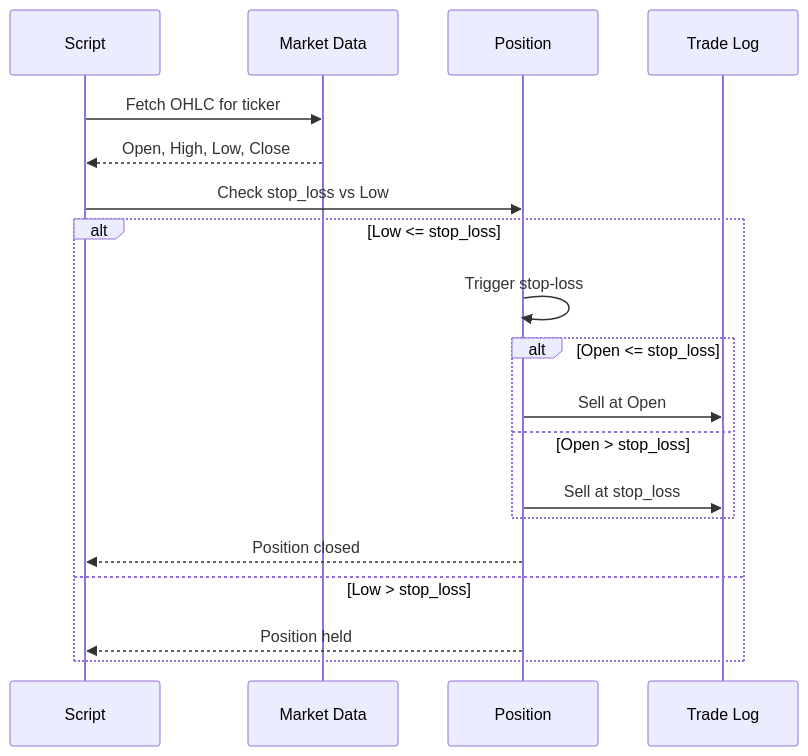
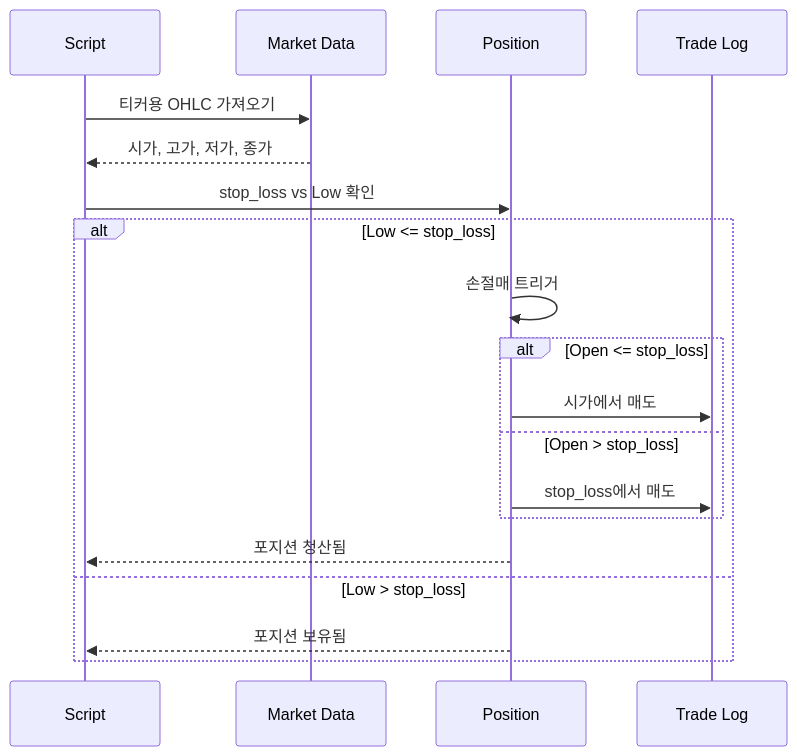
One commit to gyuha/investment-open-source-analysis changed the eighth of 10 diagrams in report/ChatGPT-Micro-Cap-Experiment/report-claude-sonnet.md. Above: the diagram before and after it, drawn with Mermaid. The commit also changed other lines of this file and 1 other file, not shown here.

Commit message:
Change graph orientation from TD to LR in report-claude-sonnet.md for improved readability of module dependencies

````diff
--- a/report/ChatGPT-Micro-Cap-Experiment/report-claude-sonnet.md
+++ b/report/ChatGPT-Micro-Cap-Experiment/report-claude-sonnet.md
@@ -1452,24 +1452,24 @@
 ```mermaid
 sequenceDiagram
     participant Script
     participant Market Data
     participant Position
     participant Trade Log
 
-    Script->>Market Data: Fetch OHLC for ticker
-    Market Data-->>Script: Open, High, Low, Close
+    Script->>Market Data: 티커용 OHLC 가져오기
+    Market Data-->>Script: 시가, 고가, 저가, 종가
 
-    Script->>Position: Check stop_loss vs Low
+    Script->>Position: stop_loss vs Low 확인
 
     alt Low <= stop_loss
-        Position->>Position: Trigger stop-loss
+        Position->>Position: 손절매 트리거
         alt Open <= stop_loss
-            Position->>Trade Log: Sell at Open
+            Position->>Trade Log: 시가에서 매도
         else Open > stop_loss
-            Position->>Trade Log: Sell at stop_loss
+            Position->>Trade Log: stop_loss에서 매도
         end
-        Position-->>Script: Position closed
+        Position-->>Script: 포지션 청산됨
     else Low > stop_loss
-        Position-->>Script: Position held
+        Position-->>Script: 포지션 보유됨
     end
 ```
````
